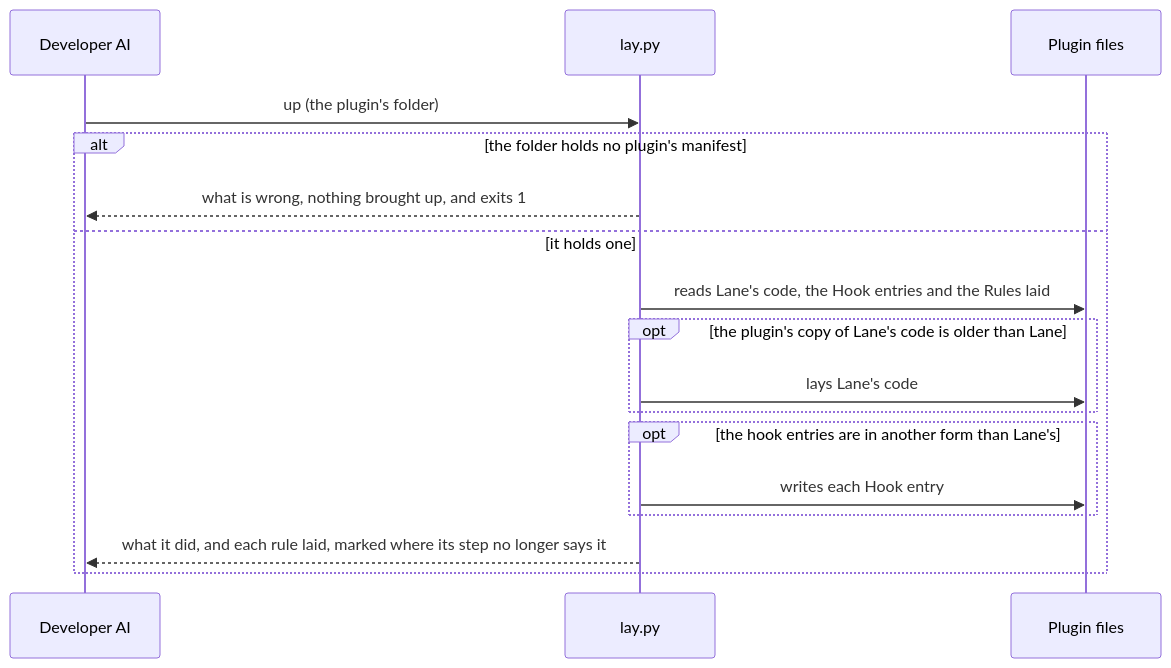
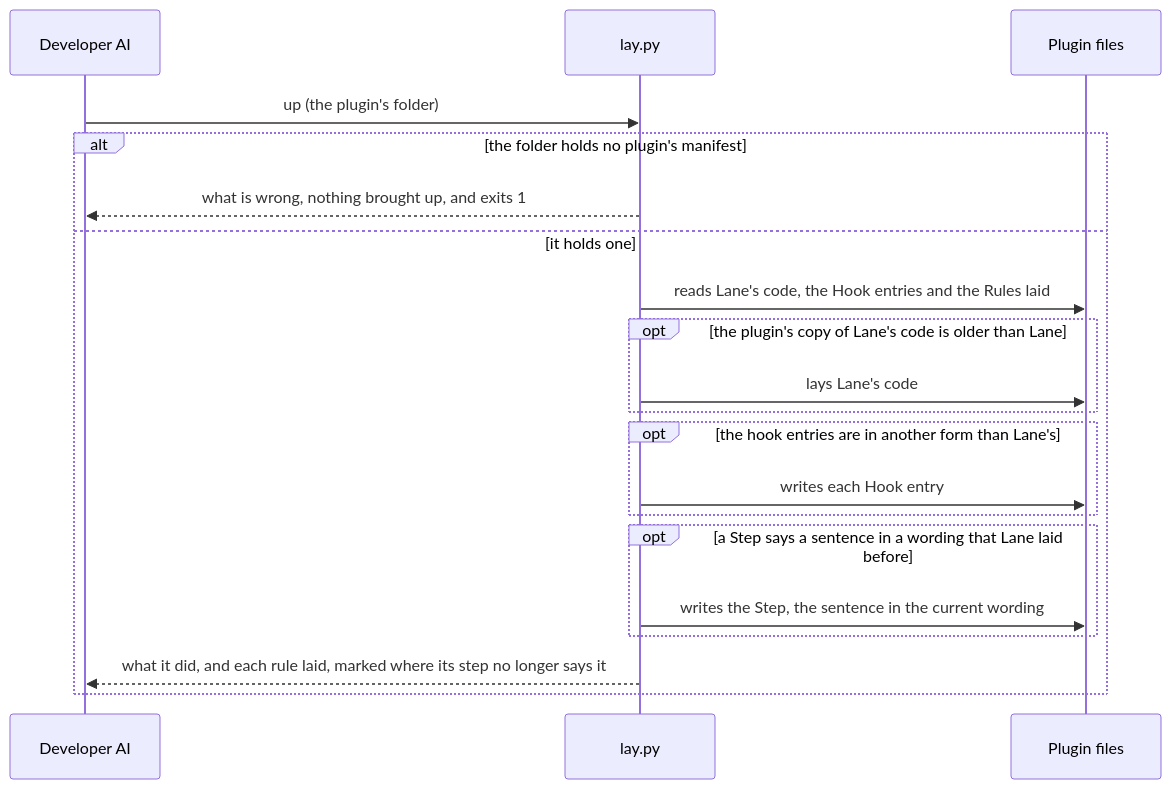
The seventh of 7 diagrams in dev/lane/architecture.md (lovaizu/ccpm), drawn with Mermaid before and after one commit. The commit also changed other lines of this file and 16 other files, not shown here.

````diff
--- a/dev/lane/architecture.md
+++ b/dev/lane/architecture.md
@@ -589,19 +596,22 @@
 ```mermaid
 sequenceDiagram
   participant DA as Developer AI
   participant L as lay.py
   participant PF as Plugin files
   DA->>L: up (the plugin's folder)
   alt the folder holds no plugin's manifest
     L-->>DA: what is wrong, nothing brought up, and exits 1
   else it holds one
     L->>PF: reads Lane's code, the Hook entries and the Rules laid
     opt the plugin's copy of Lane's code is older than Lane
       L->>PF: lays Lane's code
     end
     opt the hook entries are in another form than Lane's
       L->>PF: writes each Hook entry
     end
+    opt a Step says a sentence in a wording that Lane laid before
+      L->>PF: writes the Step, the sentence in the current wording
+    end
     L-->>DA: what it did, and each rule laid, marked where its step no longer says it
   end
 ```
````
